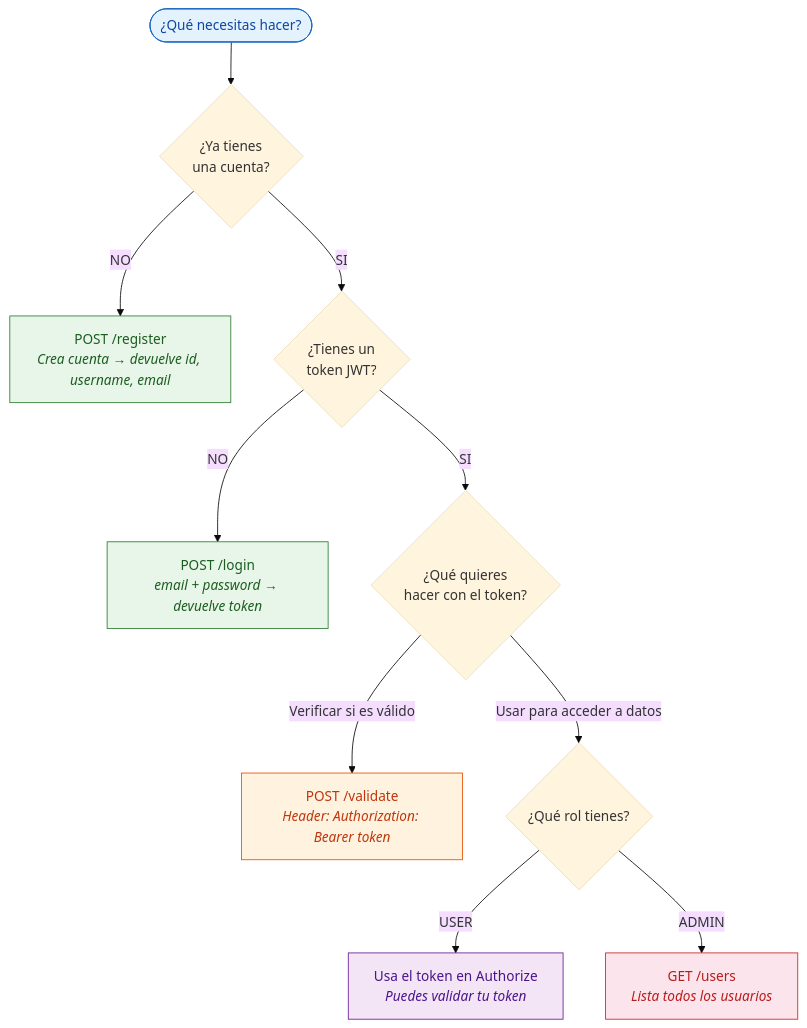
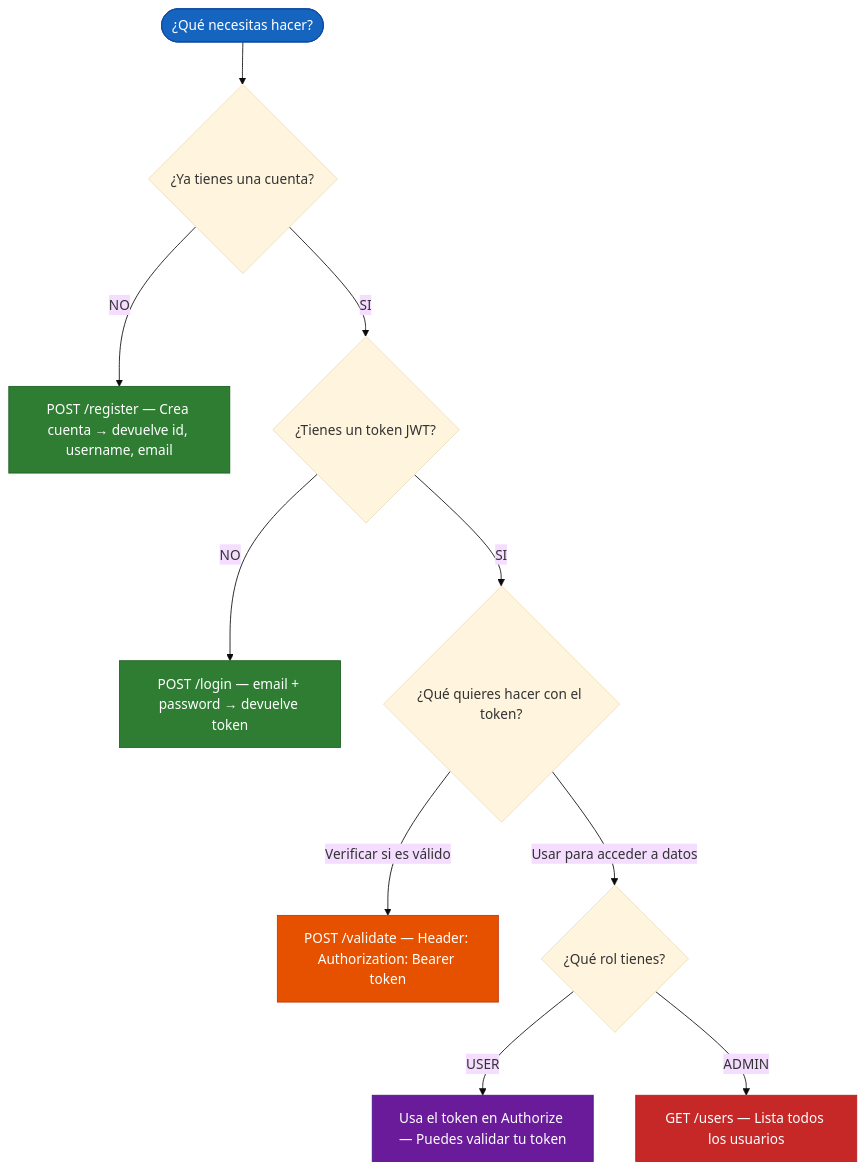
Before and after one commit to dio-quincarDev/springsecurity-basics: the seventh of 8 diagrams in docs/ARQUITECTURA.md, drawn with Mermaid (base theme). The commit also changed other lines of this file, not shown here.

Commit message:
Mejora de Diagramas

````diff
--- a/docs/ARQUITECTURA.md
+++ b/docs/ARQUITECTURA.md
@@ -331,23 +330,23 @@
 ```mermaid
 flowchart TD
-    START(["¿Qué necesitas hacer?"]) --> Q1{"¿Ya tienes<br/>una cuenta?"}
+    START(["¿Qué necesitas hacer?"]) --> Q1{"¿Ya tienes una cuenta?"}
 
-    Q1 -->|"NO"| REG["POST /register<br/><i>Crea cuenta → devuelve id, username, email</i>"]
-    Q1 -->|"SI"| Q2{"¿Tienes un<br/>token JWT?"}
+    Q1 -->|"NO"| REG["POST /register — Crea cuenta → devuelve id, username, email"]
+    Q1 -->|"SI"| Q2{"¿Tienes un token JWT?"}
 
-    Q2 -->|"NO"| LOGIN["POST /login<br/><i>email + password → devuelve token</i>"]
-    Q2 -->|"SI"| Q3{"¿Qué quieres<br/>hacer con el token?"}
+    Q2 -->|"NO"| LOGIN["POST /login — email + password → devuelve token"]
+    Q2 -->|"SI"| Q3{"¿Qué quieres hacer con el token?"}
 
-    Q3 -->|"Verificar si es válido"| VALIDATE["POST /validate<br/><i>Header: Authorization: Bearer token</i>"]
+    Q3 -->|"Verificar si es válido"| VALIDATE["POST /validate — Header: Authorization: Bearer token"]
     Q3 -->|"Usar para acceder a datos"| Q4{"¿Qué rol tienes?"}
 
-    Q4 -->|"USER"| INFO["Usa el token en Authorize<br/><i>Puedes validar tu token</i>"]
-    Q4 -->|"ADMIN"| USERS["GET /users<br/><i>Lista todos los usuarios</i>"]
+    Q4 -->|"USER"| INFO["Usa el token en Authorize — Puedes validar tu token"]
+    Q4 -->|"ADMIN"| USERS["GET /users — Lista todos los usuarios"]
 
-    style START fill:#e3f2fd,stroke:#1565c0,color:#0d47a1
-    style REG fill:#e8f5e9,stroke:#2e7d32,color:#1b5e20
-    style LOGIN fill:#e8f5e9,stroke:#2e7d32,color:#1b5e20
-    style VALIDATE fill:#fff3e0,stroke:#e65100,color:#bf360c
-    style INFO fill:#f3e5f5,stroke:#6a1b9a,color:#4a148c
-    style USERS fill:#fce4ec,stroke:#c62828,color:#b71c1c
+    style START fill:#1565c0,stroke:#0d47a1,color:#ffffff
+    style REG fill:#2e7d32,stroke:#1b5e20,color:#ffffff
+    style LOGIN fill:#2e7d32,stroke:#1b5e20,color:#ffffff
+    style VALIDATE fill:#e65100,stroke:#bf360c,color:#ffffff
+    style INFO fill:#6a1b9a,stroke:#4a148c,color:#ffffff
+    style USERS fill:#c62828,stroke:#b71c1c,color:#ffffff
 ```
````
